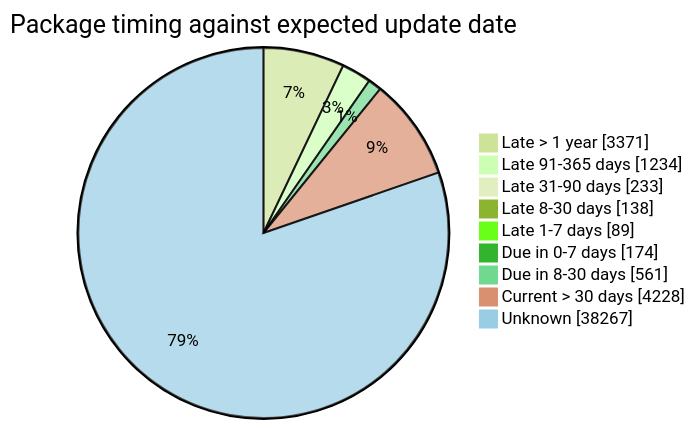
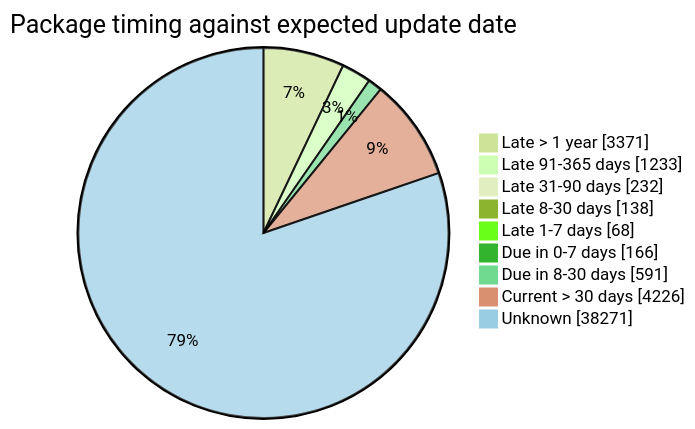
Before and after one commit to open-data/analytics-corporate-reporting: the fourth of 5 diagrams in FreshCheck/README.md, drawn with Mermaid (forest theme). The commit also changed other lines of this file and 3 other files, not shown here.

````diff
--- a/FreshCheck/README.md
+++ b/FreshCheck/README.md
@@ -86,12 +86,12 @@
 ```mermaid
 pie showData title Package timing against expected update date
     "Late > 1 year": 3371
-    "Late 91-365 days": 1234
-    "Late 31-90 days": 233
+    "Late 91-365 days": 1233
+    "Late 31-90 days": 232
     "Late 8-30 days": 138
-    "Late 1-7 days": 89
-    "Due in 0-7 days": 174
-    "Due in 8-30 days": 561
-    "Current > 30 days": 4228
-    "Unknown": 38267
+    "Late 1-7 days": 68
+    "Due in 0-7 days": 166
+    "Due in 8-30 days": 591
+    "Current > 30 days": 4226
+    "Unknown": 38271
 ```
````
